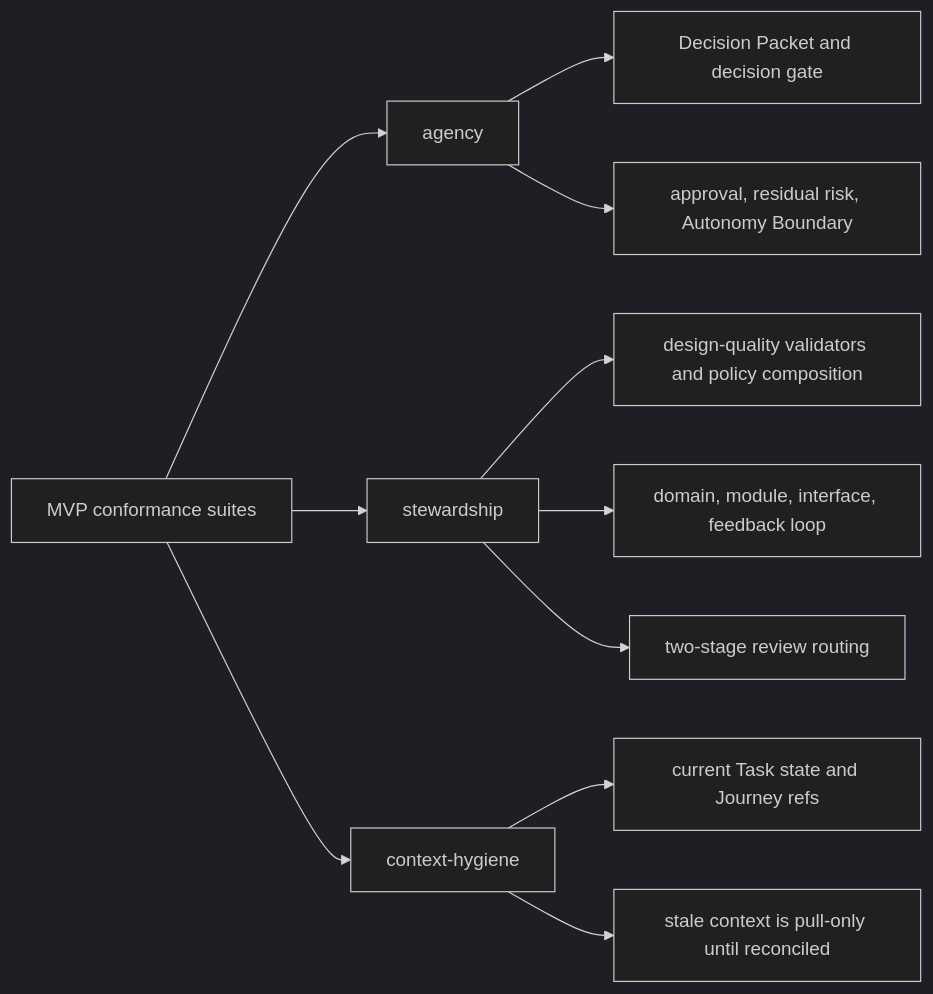
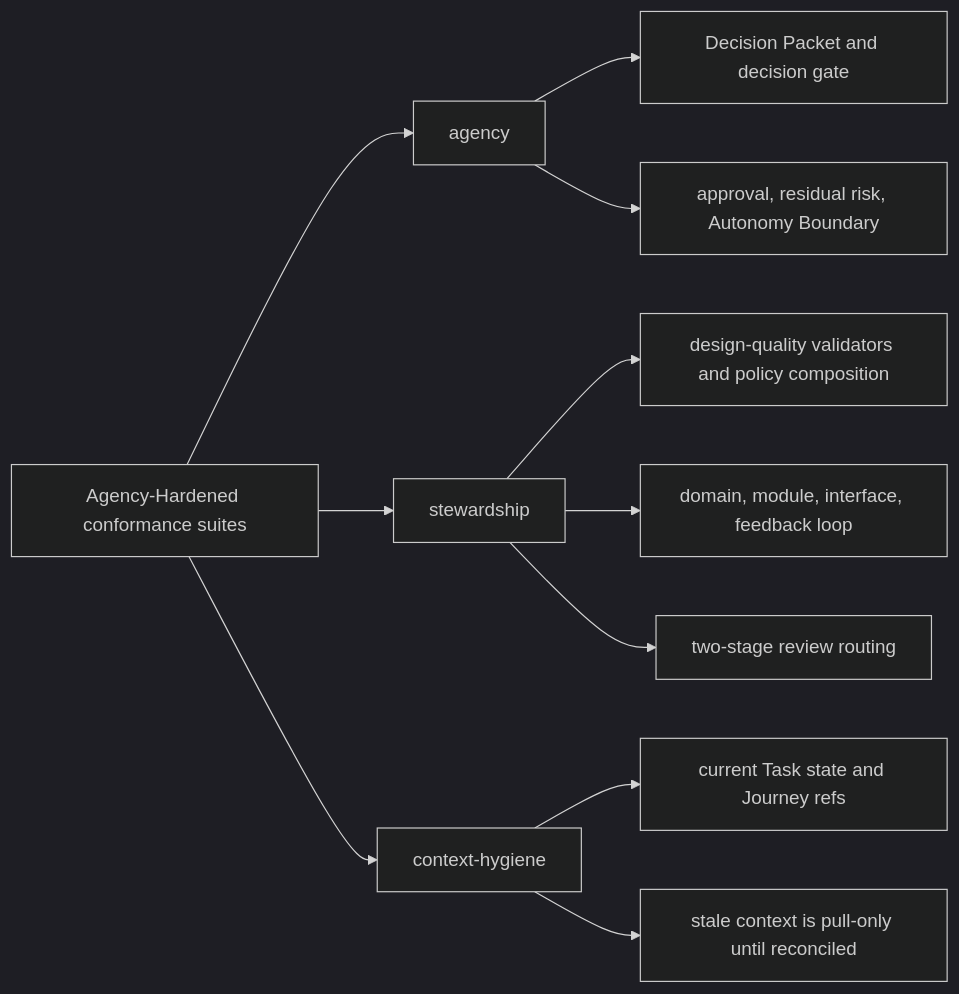
One commit to minjungw00/Harness_Project changed diagram 14 of 14 in docs/en/reference/operations-and-conformance.md. Above: the diagram before and after it, drawn with Mermaid (dark theme). The commit also changed other lines of this file and 19 other files, not shown here.

Commit message:
docs: split MVP into kernel and agency packs

````diff
--- a/docs/en/reference/operations-and-conformance.md
+++ b/docs/en/reference/operations-and-conformance.md
@@ -918,13 +916,13 @@
 ```mermaid
 flowchart LR
-  Suites["MVP conformance suites"] --> Agency["agency"]
+  Suites["Agency-Hardened conformance suites"] --> Agency["agency"]
   Suites --> Stewardship["stewardship"]
   Suites --> Context["context-hygiene"]
   Agency --> A1["Decision Packet and decision gate"]
   Agency --> A2["approval, residual risk, Autonomy Boundary"]
   Stewardship --> S1["design-quality validators and policy composition"]
   Stewardship --> S2["domain, module, interface, feedback loop"]
   Stewardship --> S3["two-stage review routing"]
   Context --> C1["current Task state and Journey refs"]
   Context --> C2["stale context is pull-only until reconciled"]
 ```
````
